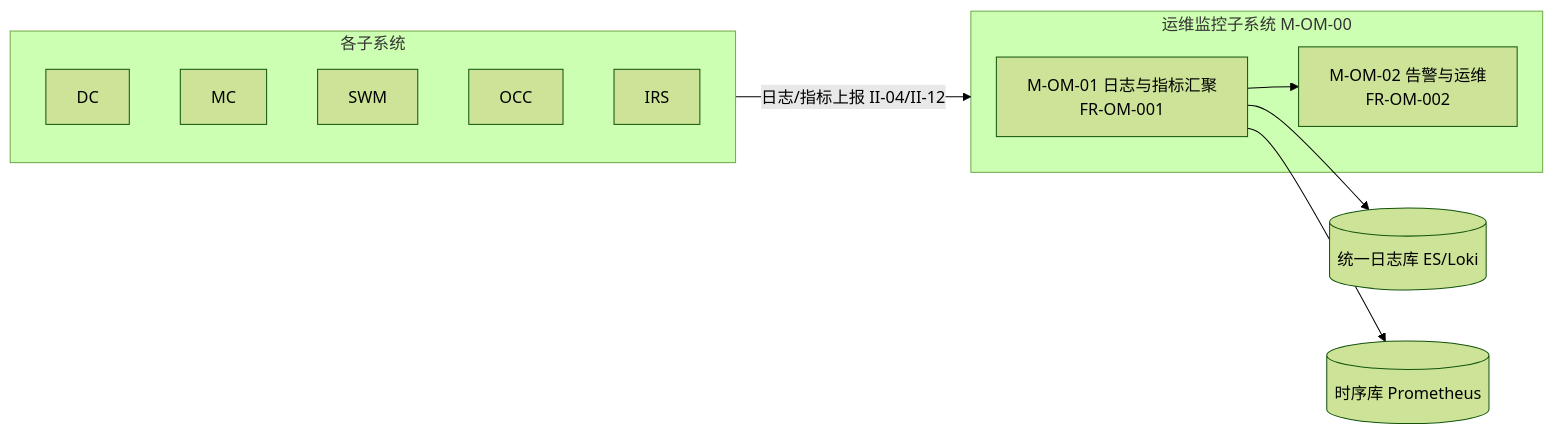
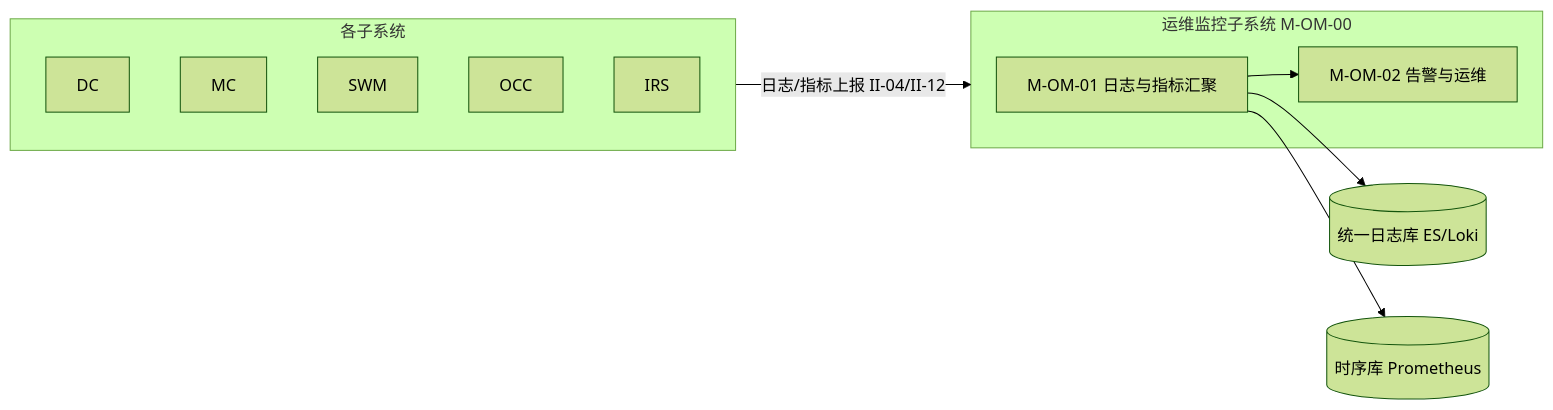
The tenth of 13 diagrams in 公司项目/认知作战/文档/软件概要设计说明.md (Sj-g/obsidian), drawn with Mermaid (forest theme) before and after one commit. The commit also changed other lines of this file and 1 other file, not shown here.

````diff
--- a/公司项目/认知作战/文档/软件概要设计说明.md
+++ b/公司项目/认知作战/文档/软件概要设计说明.md
@@ -403,14 +403,14 @@
 ```mermaid
 flowchart LR
     subgraph SRC["各子系统"]
         DC & MC & SWM & OCC & IRS
     end
     SRC -->|"日志/指标上报 II-04/II-12"| OM
     subgraph OM["运维监控子系统 M-OM-00"]
-        OM1["M-OM-01 日志与指标汇聚<br/>FR-OM-001"]
-        OM2["M-OM-02 告警与运维<br/>FR-OM-002"]
+        OM1["M-OM-01 日志与指标汇聚"]
+        OM2["M-OM-02 告警与运维"]
         OM1 --> OM2
     end
     OM1 --> LOG[("统一日志库 ES/Loki")]
     OM1 --> TS[("时序库 Prometheus")]
 ```
````
